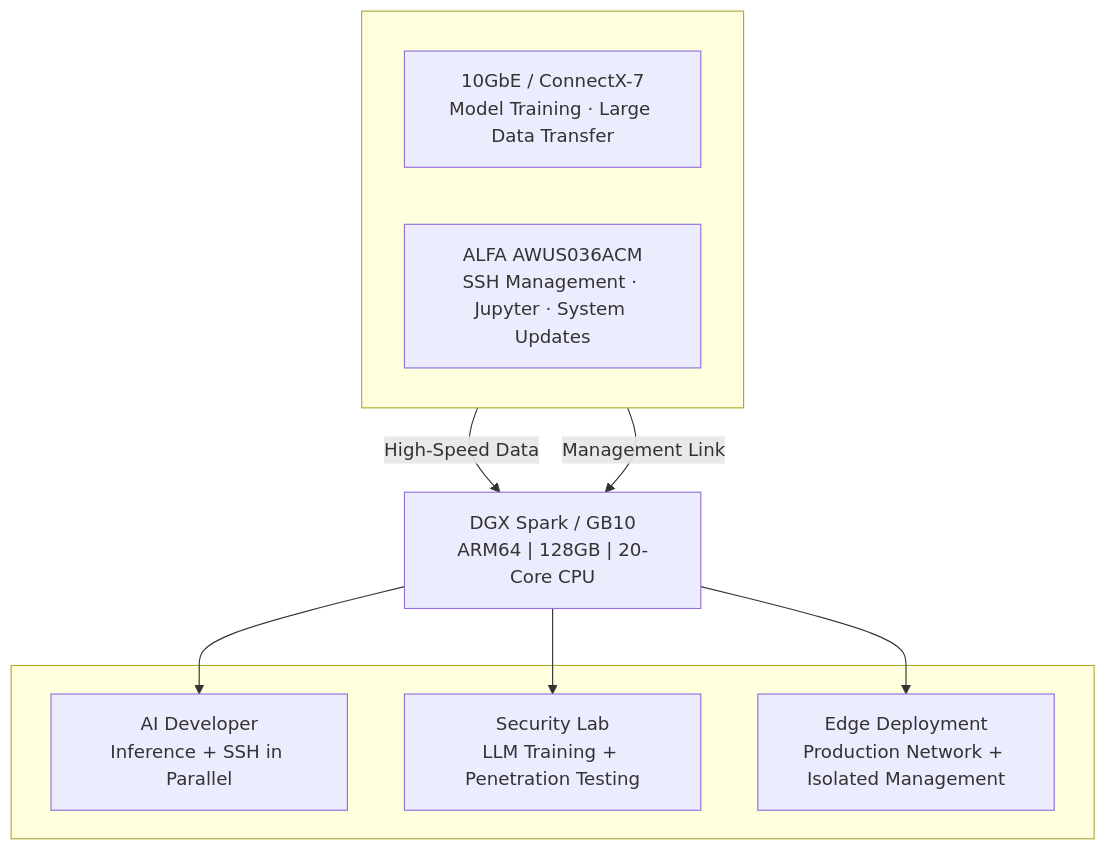
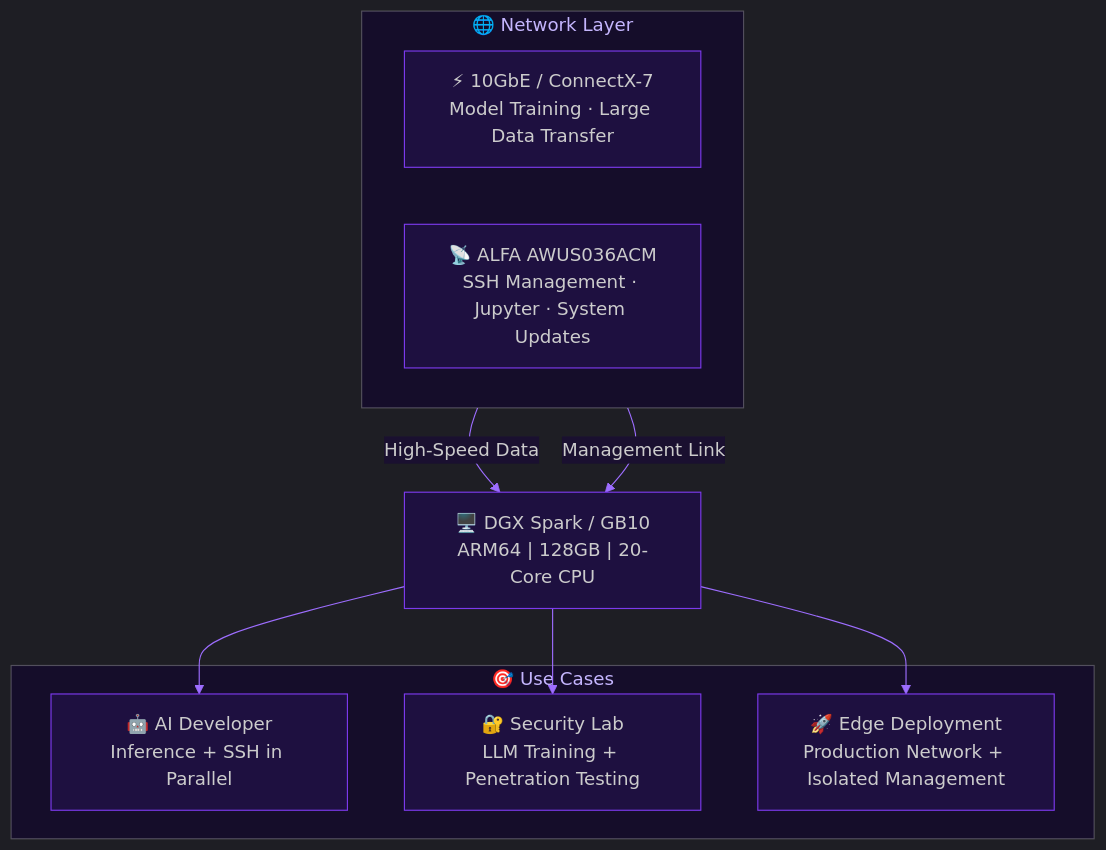
The diagram in content/en/blog/dgx-spark-gb10-wifi-alfa-usb-fix/_index.md (yopitek/yupitek_official_web), drawn with Mermaid before and after one commit. The commit also changed 9 other files, not shown here.

First line of the commit message:
style: upgrade mermaid diagram to cyber purple theme (all 10 languages)

````diff
--- a/content/en/blog/dgx-spark-gb10-wifi-alfa-usb-fix/_index.md
+++ b/content/en/blog/dgx-spark-gb10-wifi-alfa-usb-fix/_index.md
@@ -217,22 +217,23 @@
 ```mermaid
+%%{init:{"theme":"dark","themeVariables":{"primaryColor":"#2d1f4e","primaryTextColor":"#e2d9f3","primaryBorderColor":"#7c3aed","lineColor":"#9d6dff","secondaryColor":"#1a1030","tertiaryColor":"#0e0818","background":"#0e0818","mainBkg":"#1e1040","nodeBorder":"#7c3aed","clusterBkg":"#150d2a","titleColor":"#c4b5fd","edgeLabelBackground":"#1a1030","attributeBackgroundColorEven":"#1e1040","attributeBackgroundColorOdd":"#150d2a"}}}%%
 flowchart TD
-    subgraph Network[" "]
+    subgraph sub1["🌐 Network Layer"]
         direction LR
-        A["10GbE / ConnectX-7<br/>Model Training · Large Data Transfer"]
-        B["ALFA AWUS036ACM<br/>SSH Management · Jupyter · System Updates"]
+        A["⚡ 10GbE / ConnectX-7<br/>Model Training · Large Data Transfer"]
+        B["📡 ALFA AWUS036ACM<br/>SSH Management · Jupyter · System Updates"]
     end
 
-    C["DGX Spark / GB10<br/>ARM64 | 128GB | 20-Core CPU"]
+    C["🖥️ DGX Spark / GB10<br/>ARM64 | 128GB | 20-Core CPU"]
 
-    subgraph UseCases[" "]
-        D["AI Developer<br/>Inference + SSH in Parallel"]
-        E["Security Lab<br/>LLM Training + Penetration Testing"]
-        F["Edge Deployment<br/>Production Network + Isolated Management"]
+    subgraph sub2["🎯 Use Cases"]
+        D["🤖 AI Developer<br/>Inference + SSH in Parallel"]
+        E["🔐 Security Lab<br/>LLM Training + Penetration Testing"]
+        F["🚀 Edge Deployment<br/>Production Network + Isolated Management"]
     end
 
     A -->|High-Speed Data| C
     B -->|Management Link| C
     C --> D
     C --> E
     C --> F
 ```
````
